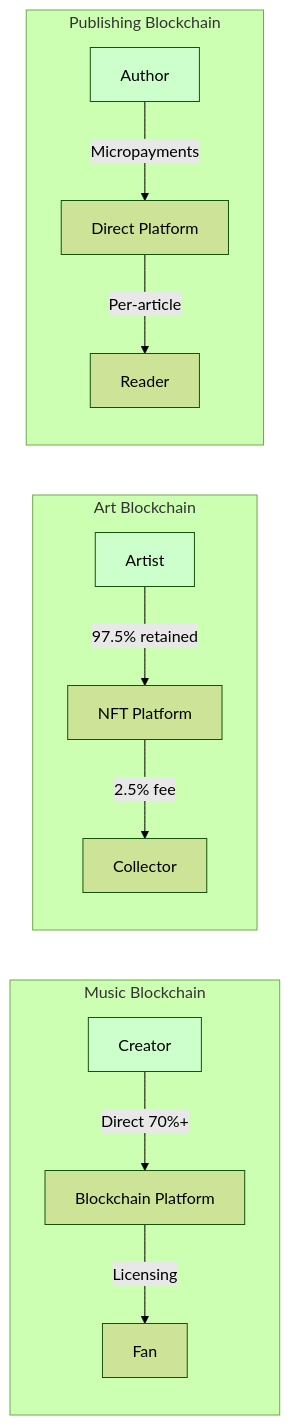
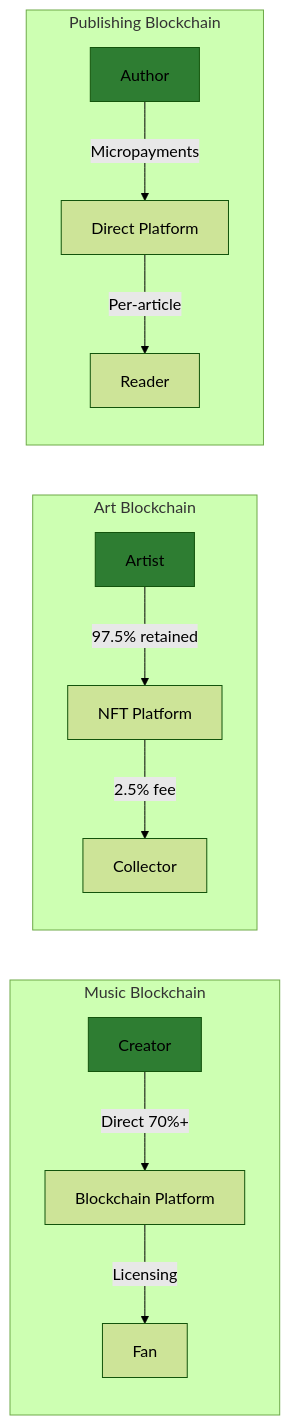
Before and after one commit to ljg-cqu/knowledge: the ninth of 22 diagrams in Industry/Blockchain/Blockchain/ValueChain/QA_ClaudeOpus.md, drawn with Mermaid (forest theme). The commit also changed other lines of this file and 6 other files, not shown here.

````diff
--- a/Industry/Blockchain/Blockchain/ValueChain/QA_ClaudeOpus.md
+++ b/Industry/Blockchain/Blockchain/ValueChain/QA_ClaudeOpus.md
@@ -717,21 +717,21 @@
 ```mermaid
 graph LR
     subgraph Music Blockchain
     MB1[Creator] -->|Direct 70%+| MB2[Blockchain Platform]
     MB2 -->|Licensing| MB3[Fan]
     end
     
     subgraph Art Blockchain
     AB1[Artist] -->|97.5% retained| AB2[NFT Platform]
     AB2 -->|2.5% fee| AB3[Collector]
     end
     
     subgraph Publishing Blockchain
     PB1[Author] -->|Micropayments| PB2[Direct Platform]
     PB2 -->|Per-article| PB3[Reader]
     end
     
-    style MB1 fill:#ccffcc
-    style AB1 fill:#ccffcc
-    style PB1 fill:#ccffcc
+    style MB1 fill:#2E7D32
+    style AB1 fill:#2E7D32
+    style PB1 fill:#2E7D32
 ```
````
